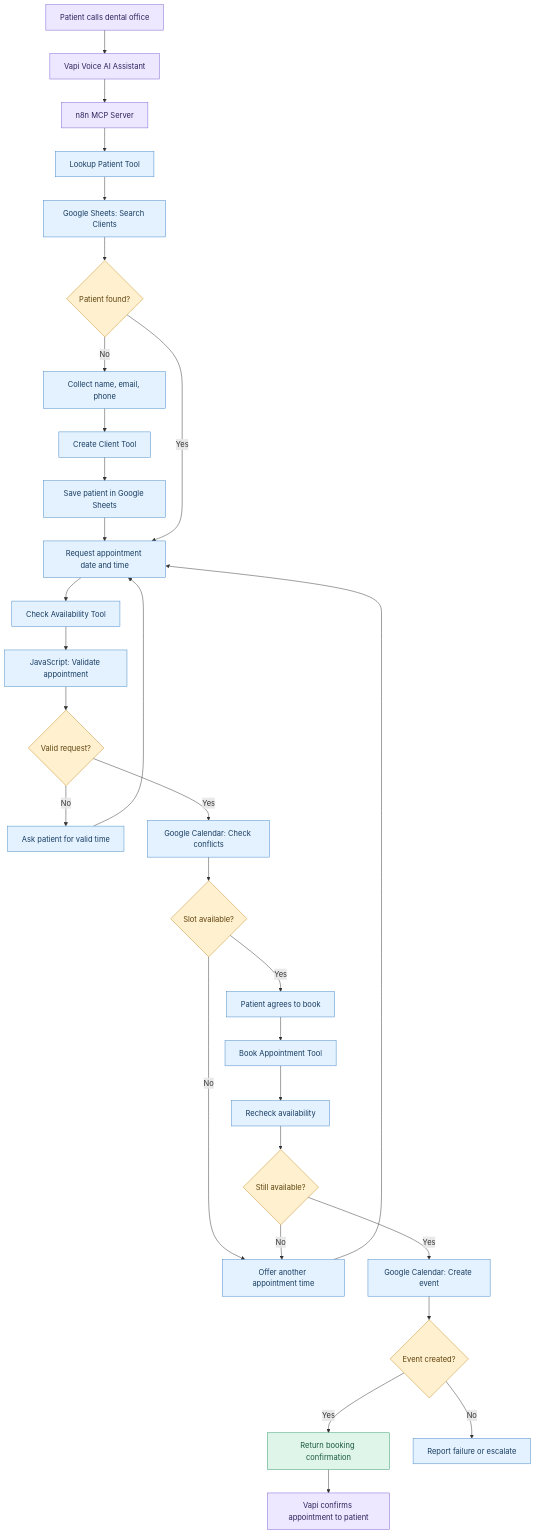
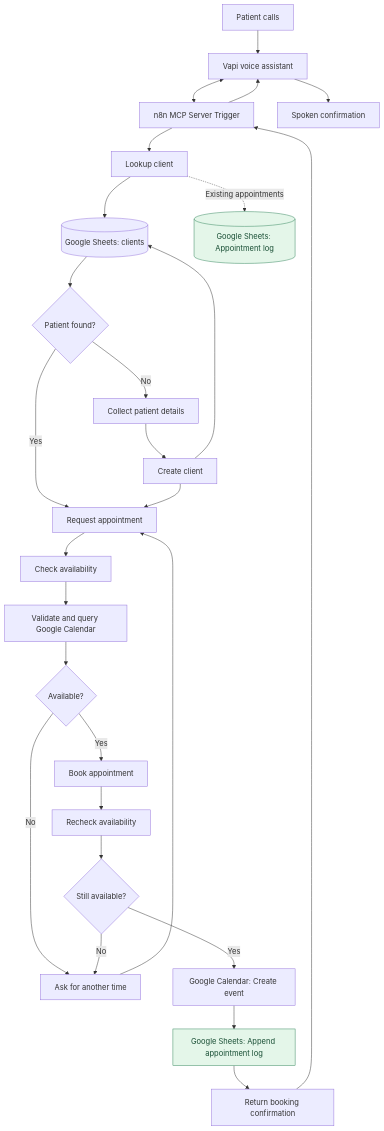
The diagram in docs/architecture.md (sarahsuegirl/Ai-dental-receptionist-vapi-n8n-mcp), drawn with Mermaid before and after one commit.

````diff
--- a/docs/architecture.md
+++ b/docs/architecture.md
@@ -15,48 +15,32 @@
 ```mermaid
 
 flowchart TD
-    A["Patient calls dental office"] --> B["Vapi Voice AI Assistant"]
-    B --> C["n8n MCP Server"]
-    C --> D["Lookup Patient Tool"]
-    D --> E["Google Sheets: Search Clients"]
-    E --> F{"Patient found?"}
-
-    F -->|No| G["Collect name, email, phone"]
-    G --> H["Create Client Tool"]
-    H --> I["Save patient in Google Sheets"]
-    I --> J["Request appointment date and time"]
-
-    F -->|Yes| J
-
-    J --> K["Check Availability Tool"]
-    K --> L["JavaScript: Validate appointment"]
-    L --> M{"Valid request?"}
-    M -->|No| N["Ask patient for valid time"]
-    N --> J
-    M -->|Yes| O["Google Calendar: Check conflicts"]
-    O --> P{"Slot available?"}
-
-    P -->|No| Q["Offer another appointment time"]
-    Q --> J
-    P -->|Yes| R["Patient agrees to book"]
-    R --> S["Book Appointment Tool"]
-    S --> T["Recheck availability"]
-    T --> U{"Still available?"}
-    U -->|No| Q
-    U -->|Yes| V["Google Calendar: Create event"]
-    V --> W{"Event created?"}
-    W -->|Yes| X["Return booking confirmation"]
-    W -->|No| Y["Report failure or escalate"]
-    X --> Z["Vapi confirms appointment to patient"]
-
-    classDef ai fill:#EDE7FF,stroke:#7C61D6,color:#30225B
-    classDef decision fill:#FFF0CF,stroke:#C58B22,color:#5E420C
-    classDef operation fill:#E4F2FF,stroke:#4286C6,color:#173C60
-    classDef success fill:#DFF5E9,stroke:#30966B,color:#19583E
-
-    class A,B,C,Z ai
-    class F,M,P,U,W decision
-    class D,E,G,H,I,J,K,L,N,O,Q,R,S,T,V,Y operation
-    class X success
-  
+ A[Patient calls] --> B[Vapi voice assistant]
+ B <--> C[n8n MCP Server Trigger]
+ C --> D[Lookup client]
+ D --> E[(Google Sheets: clients)]
+ E --> F{Patient found?}
+ F -->|No| G[Collect patient details]
+ G --> H[Create client]
+ H --> E
+ F -->|Yes| I[Request appointment]
+ H --> I
+ D -. Existing appointments .-> LOG[(Google Sheets: Appointment log)]
+ I --> J[Check availability]
+ J --> K[Validate and query Google Calendar]
+ K --> L{Available?}
+ L -->|No| M[Ask for another time]
+ M --> I
+ L -->|Yes| N[Book appointment]
+ N --> O[Recheck availability]
+ O --> P{Still available?}
+ P -->|No| M
+ P -->|Yes| Q[Google Calendar: Create event]
+ Q --> R[Google Sheets: Append appointment log]
+ R --> S[Return booking confirmation]
+ S --> C
+ C --> B
+ B --> T[Spoken confirmation]
+ classDef log fill:#E4F6E9,stroke:#31845A,color:#194F35
+ class LOG,R log
 ```
````
